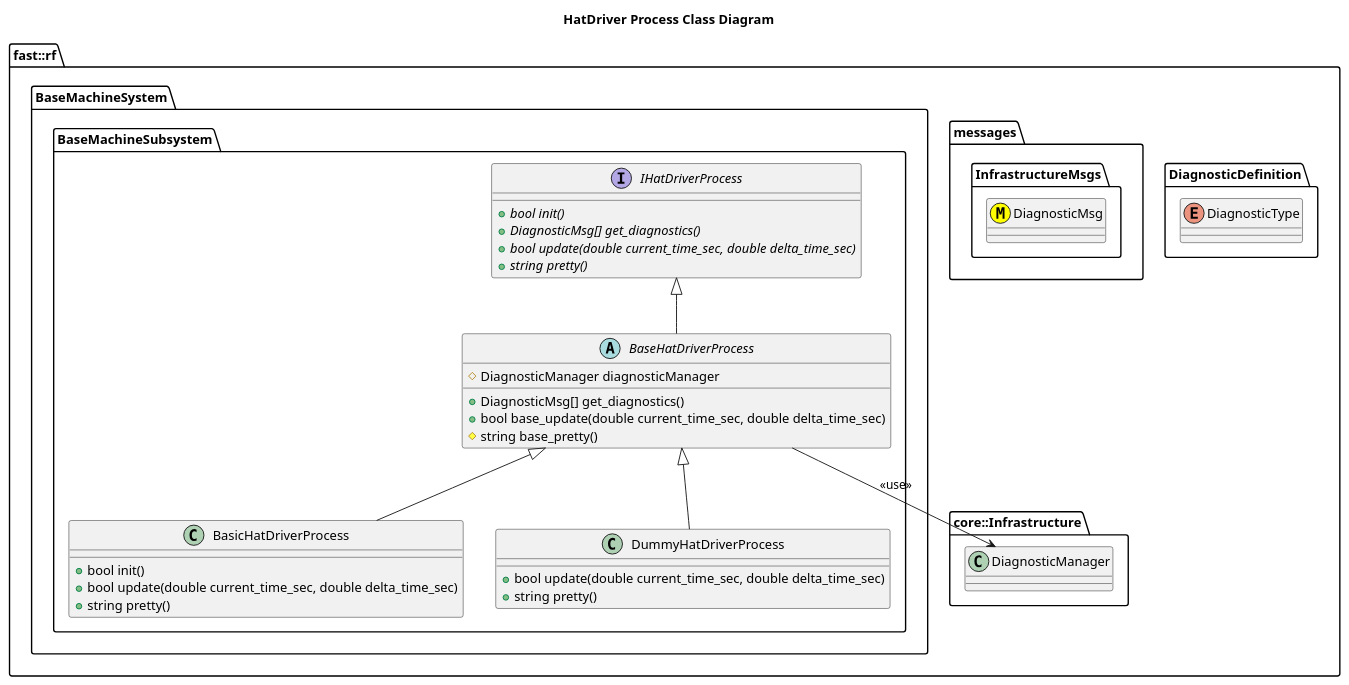
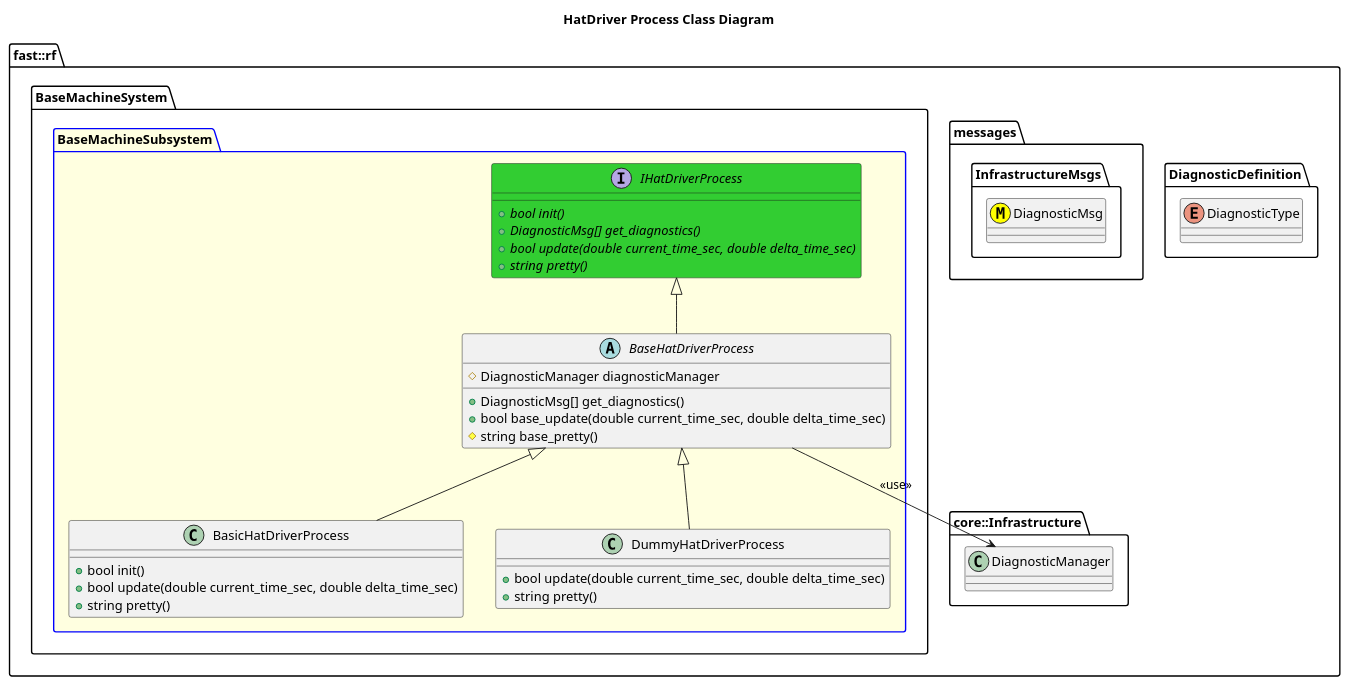
Before and after one commit to fastrobotics/robot_framework: the diagram in Systems/BaseMachine/Subsystems/BaseMachine/Processes/HatDriver/doc/puml/HatDriverProcessClassDiagram.puml, drawn with PlantUML. The commit also changed 3 other files, not shown here.

```diff
--- a/Systems/BaseMachine/Subsystems/BaseMachine/Processes/HatDriver/doc/puml/HatDriverProcessClassDiagram.puml
+++ b/Systems/BaseMachine/Subsystems/BaseMachine/Processes/HatDriver/doc/puml/HatDriverProcessClassDiagram.puml
@@ -1,47 +1,47 @@
 @startuml
 title HatDriver Process Class Diagram
 
 namespace fast::rf {
   namespace DiagnosticDefinition {
     enum DiagnosticType
   }
   namespace messages {
     namespace InfrastructureMsgs {
       class DiagnosticMsg <<(M,#FFFF00)>>
     }
   }
   namespace core::Infrastructure {
     class DiagnosticManager
   }
   namespace BaseMachineSystem {
-    namespace BaseMachineSubsystem {
-        interface IHatDriverProcess  {
+    package BaseMachineSubsystem  #LightYellow;line:blue {
+        interface IHatDriverProcess #LimeGreen  {
           +{abstract} bool init()
           +{abstract} DiagnosticMsg[] get_diagnostics()
           +{abstract} bool update(double current_time_sec, double delta_time_sec)
           +{abstract} string pretty()
         }
         abstract BaseHatDriverProcess {
           +DiagnosticMsg[] get_diagnostics()
           +bool base_update(double current_time_sec, double delta_time_sec)
           #string base_pretty()
           #DiagnosticManager diagnosticManager
 
         }
         BaseHatDriverProcess -up-|> IHatDriverProcess
         BaseHatDriverProcess --> DiagnosticManager: <<use>>
         class BasicHatDriverProcess {
           +bool init()
           +bool update(double current_time_sec, double delta_time_sec)
           +string pretty()
         }
         BasicHatDriverProcess -up-|> BaseHatDriverProcess
         class DummyHatDriverProcess {
           +bool update(double current_time_sec, double delta_time_sec)
           +string pretty()
         }
         DummyHatDriverProcess -up-|> BaseHatDriverProcess
     }
   }
 }
 @enduml
```
